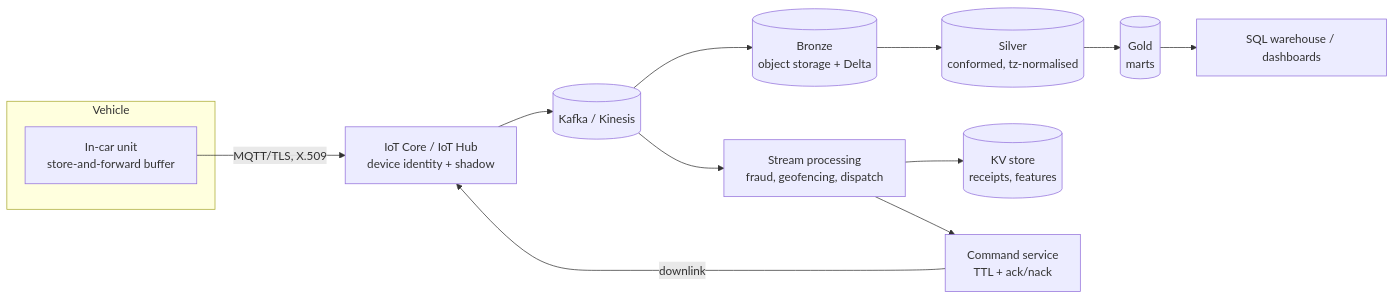
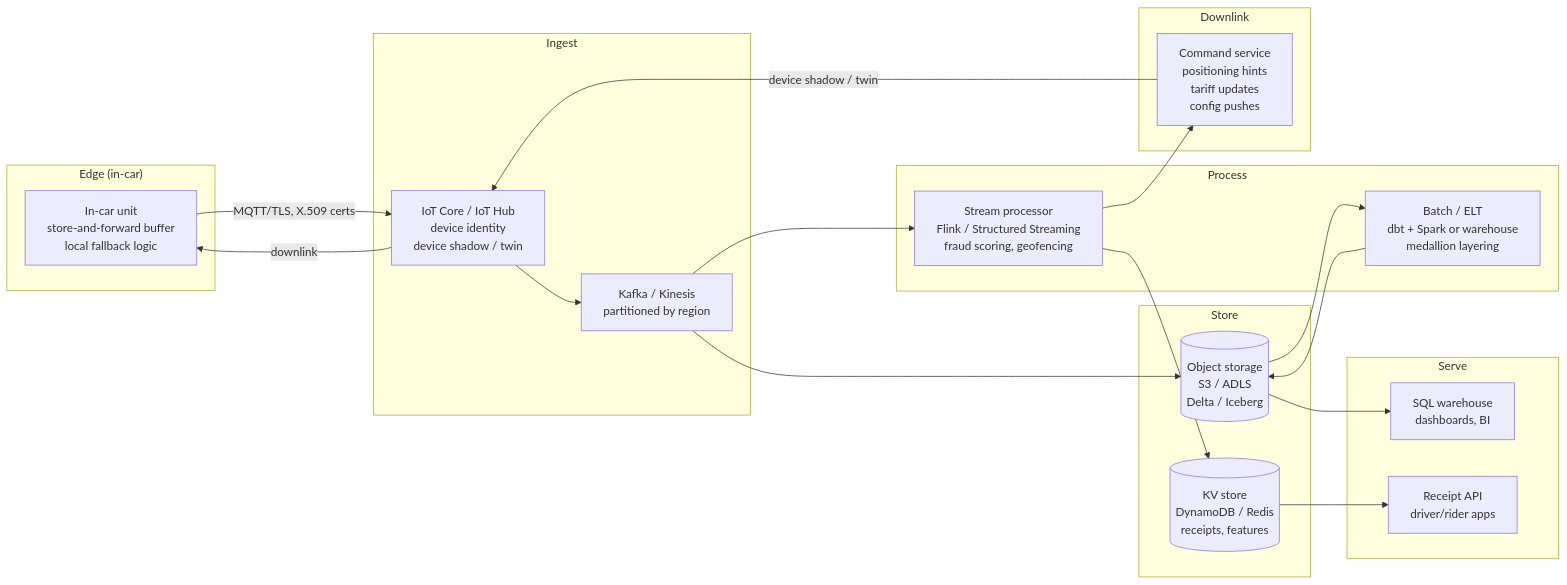
Before and after one commit to sohamchoudhary16/nyc-taxi-weather: the diagram in docs/architecture.md, drawn with Mermaid. The commit also changed other lines of this file and 1 other file, not shown here.

Commit message:
update architecture

````diff
--- a/docs/architecture.md
+++ b/docs/architecture.md
@@ -24,16 +39,43 @@
 ```mermaid
 flowchart LR
-  subgraph Vehicle
-    U[In-car unit<br/>store-and-forward buffer]
+  subgraph Edge ["Edge (in-car)"]
+    CAR[In-car unit<br/>store-and-forward buffer<br/>local fallback logic]
   end
-  U -- MQTT/TLS, X.509 --> IOT[IoT Core / IoT Hub<br/>device identity + shadow]
-  IOT --> K[(Kafka / Kinesis)]
-  K --> HOT[Stream processing<br/>fraud, geofencing, dispatch]
-  K --> BRONZE[(Bronze<br/>object storage + Delta)]
-  BRONZE --> SILVER[(Silver<br/>conformed, tz-normalised)]
-  SILVER --> GOLD[(Gold<br/>marts)]
-  GOLD --> BI[SQL warehouse / dashboards]
-  HOT --> KV[(KV store<br/>receipts, features)]
-  HOT --> CMD[Command service<br/>TTL + ack/nack]
-  CMD -- downlink --> IOT
+
+  subgraph Ingest ["Ingest"]
+    IOT[IoT Core / IoT Hub<br/>device identity<br/>device shadow / twin]
+    STREAM[Kafka / Kinesis<br/>partitioned by region]
+  end
+
+  subgraph Process ["Process"]
+    RT[Stream processor<br/>Flink / Structured Streaming<br/>fraud scoring, geofencing]
+    BATCH[Batch / ELT<br/>dbt + Spark or warehouse<br/>medallion layering]
+  end
+
+  subgraph Store ["Store"]
+    LAKE[(Object storage<br/>S3 / ADLS<br/>Delta / Iceberg)]
+    KV[(KV store<br/>DynamoDB / Redis<br/>receipts, features)]
+  end
+
+  subgraph Serve ["Serve"]
+    WH[SQL warehouse<br/>dashboards, BI]
+    API[Receipt API<br/>driver/rider apps]
+  end
+
+  subgraph Downlink ["Downlink"]
+    CMD[Command service<br/>positioning hints<br/>tariff updates<br/>config pushes]
+  end
+
+  CAR -- "MQTT/TLS, X.509 certs" --> IOT
+  IOT --> STREAM
+  STREAM --> RT
+  STREAM --> LAKE
+  LAKE --> BATCH
+  BATCH --> LAKE
+  LAKE --> WH
+  RT --> KV
+  KV --> API
+  RT --> CMD
+  CMD -- "device shadow / twin" --> IOT
+  IOT -- "downlink" --> CAR
 ```
````
